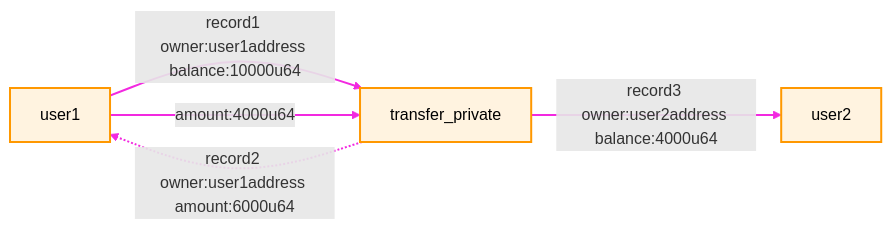
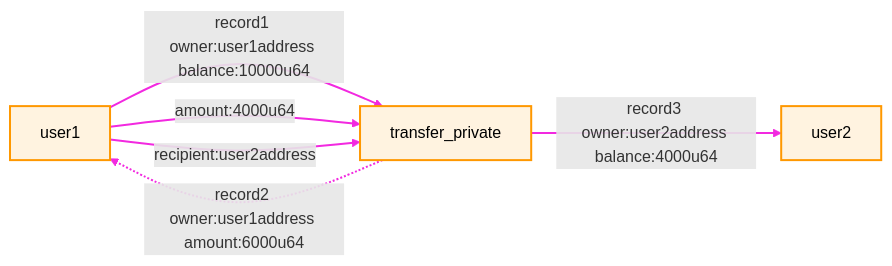
One commit to AleoNet/welcome changed the second of 6 diagrams in documentation/concepts/fundamentals/08_transfers.md. Above: the diagram before and after it, drawn with Mermaid. The commit also changed other lines of this file and 1 other file, not shown here.

````diff
--- a/documentation/concepts/fundamentals/08_transfers.md
+++ b/documentation/concepts/fundamentals/08_transfers.md
@@ -92,10 +120,11 @@
 ```mermaid
 graph LR
     user1--record1 owner:user1address balance:10000u64-->t1[transfer_private]
     user1--amount:4000u64-->t1
+    user1--recipient:user2address-->t1
     t1-.record2 owner:user1address amount:6000u64.->user1
     t1--record3 owner:user2address balance:4000u64-->user2
 
     classDef default fill:#fff3e0,stroke:#ff9800,stroke-width:2px,color:#000;
     linkStyle default stroke:#f229e0,stroke-width:2px;
 ```
````
